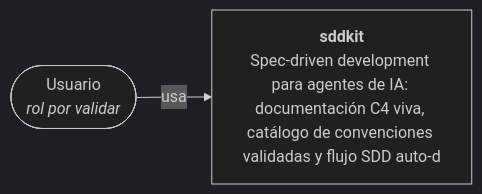
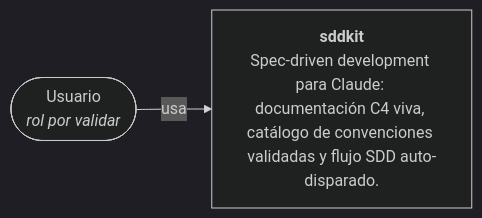
Before and after one commit to ezepaskana/sddkit: the diagram in .sdd/c4/context.md, drawn with Mermaid (dark theme). The commit also changed other lines of this file and 193 other files, not shown here.

````diff
--- a/.sdd/c4/context.md
+++ b/.sdd/c4/context.md
@@ -9,6 +9,6 @@
 ```mermaid
 flowchart LR
   user(["Usuario<br/><i>rol por validar</i>"])
-  sys["<b>sddkit</b><br/>Spec-driven development para agentes de IA: documentación C4 viva, catálogo de convenciones validadas y flujo SDD auto-d"]
+  sys["<b>sddkit</b><br/>Spec-driven development para Claude: documentación C4 viva, catálogo de convenciones validadas y flujo SDD auto-disparado."]
   user -- usa --> sys
 ```
````
